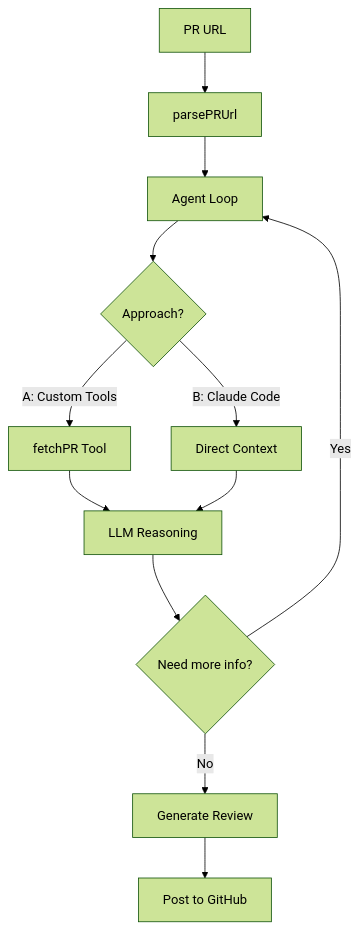
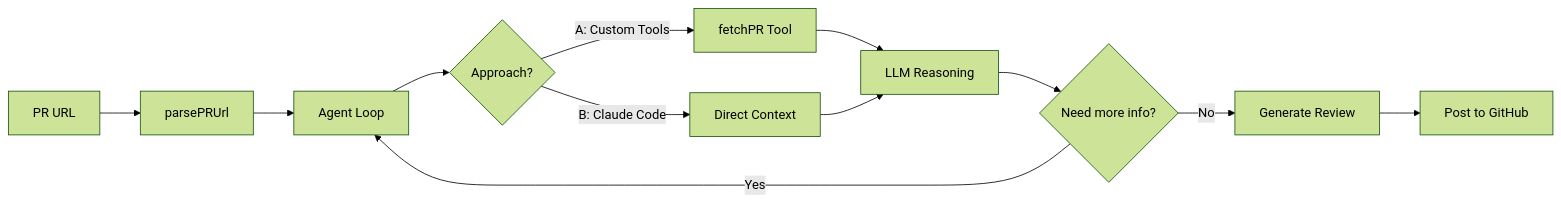
Before and after one commit to Daemon-Solutions/typescript-agents-ai-sdk: the third of 3 diagrams in decks/typescript-agents/slides.md, drawn with Mermaid (forest theme). The commit also changed other lines of this file and 2 other files, not shown here.

````diff
--- a/decks/typescript-agents/slides.md
+++ b/decks/typescript-agents/slides.md
@@ -624,14 +633,14 @@
 ```mermaid
-flowchart TB
+flowchart LR
   A[PR URL] --> B[parsePRUrl]
   B --> C[Agent Loop]
   C --> D{Approach?}
   D -->|A: Custom Tools| E[fetchPR Tool]
   D -->|B: Claude Code| F[Direct Context]
   E --> G[LLM Reasoning]
   F --> G
   G --> H{Need more info?}
   H -->|Yes| C
   H -->|No| I[Generate Review]
   I --> J[Post to GitHub]
 ```
````
